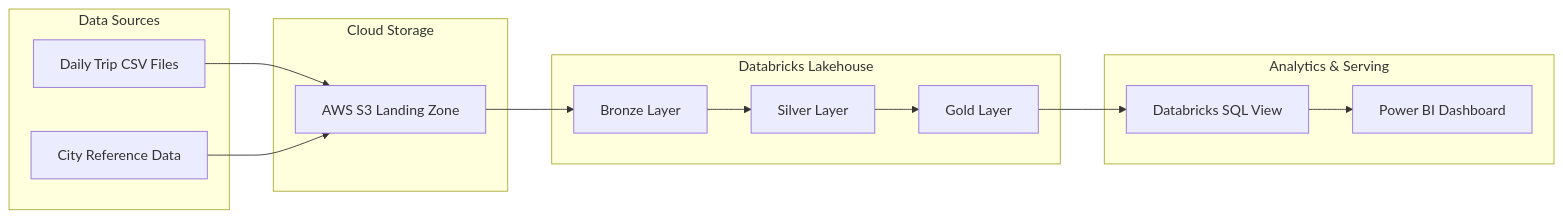
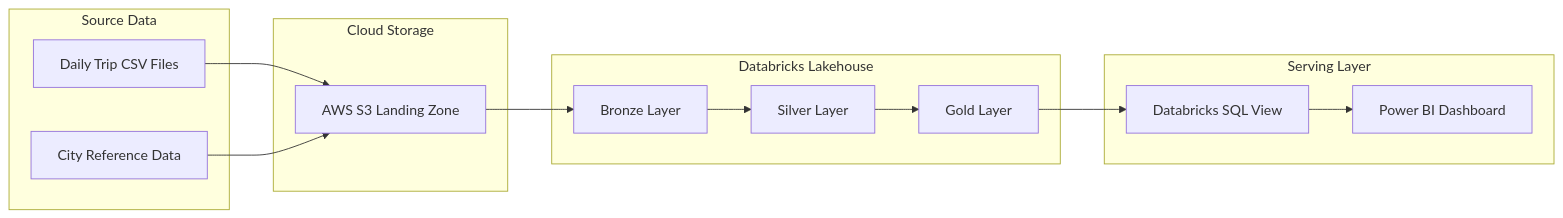
The first of 2 diagrams in README.md (syedsaud15/ola-ride-performance-analytics), drawn with Mermaid before and after one commit. The commit also changed other lines of this file, not shown here.

````diff
--- a/README.md
+++ b/README.md
@@ -62,30 +97,30 @@
 ```mermaid
 flowchart LR
-    subgraph Sources["Data Sources"]
+    subgraph Sources["Source Data"]
         A[Daily Trip CSV Files]
         B[City Reference Data]
     end
 
     subgraph Storage["Cloud Storage"]
         C[AWS S3 Landing Zone]
     end
 
-    subgraph Databricks["Databricks Lakehouse"]
+    subgraph Lakehouse["Databricks Lakehouse"]
         D[Bronze Layer]
         E[Silver Layer]
         F[Gold Layer]
     end
 
-    subgraph Serving["Analytics & Serving"]
+    subgraph Serving["Serving Layer"]
         G[Databricks SQL View]
         H[Power BI Dashboard]
     end
 
     A --> C
     B --> C
     C --> D
     D --> E
     E --> F
     F --> G
     G --> H
 ```
````
